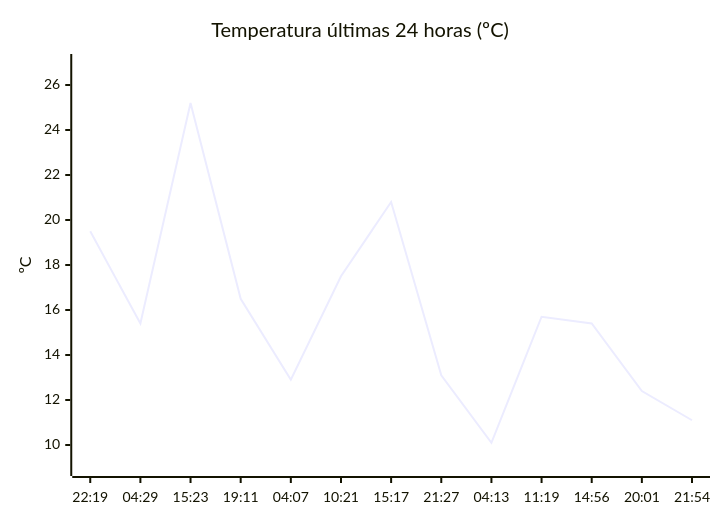
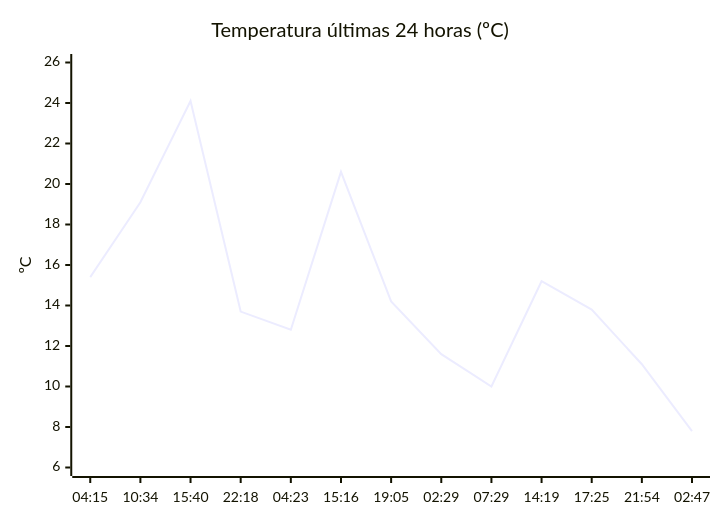
One commit to solidsnk86/rem-scrap changed the diagram in README.md. Above: the diagram before and after it, drawn with Mermaid. The commit also changed other lines of this file, not shown here.

````diff
--- a/README.md
+++ b/README.md
@@ -32,7 +36,7 @@
 ```mermaid
 xychart-beta
     title "Temperatura últimas 24 horas (ºC)"
-    x-axis ["22:19", "04:29", "15:23", "19:11", "04:07", "10:21", "15:17", "21:27", "04:13", "11:19", "14:56", "20:01", "21:54"]
-    y-axis "ºC" 9 --> 27
-    line [19.5, 15.4, 25.2, 16.5, 12.9, 17.5, 20.8, 13.1, 10.1, 15.7, 15.4, 12.4, 11.1]
+    x-axis ["04:15", "10:34", "15:40", "22:18", "04:23", "15:16", "19:05", "02:29", "07:29", "14:19", "17:25", "21:54", "02:47"]
+    y-axis "ºC" 6 --> 26
+    line [15.4, 19.1, 24.1, 13.7, 12.8, 20.6, 14.2, 11.6, 10, 15.2, 13.8, 11.1, 7.8]
 ```
````
